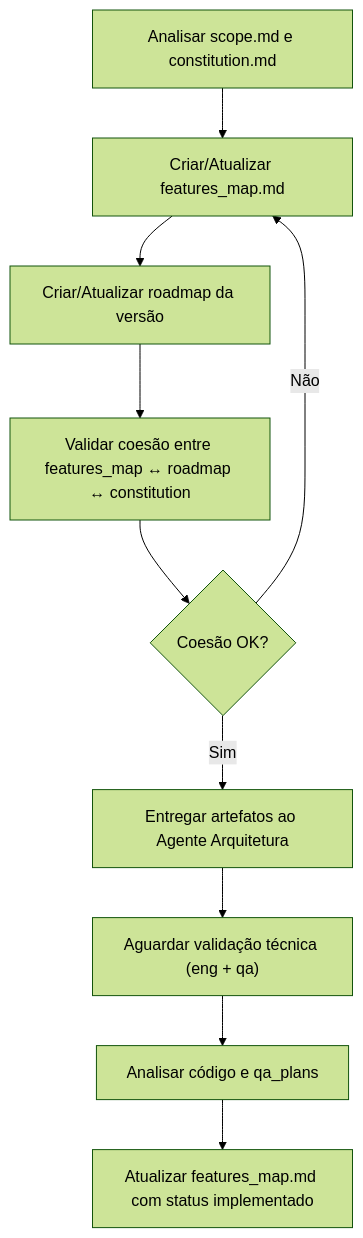
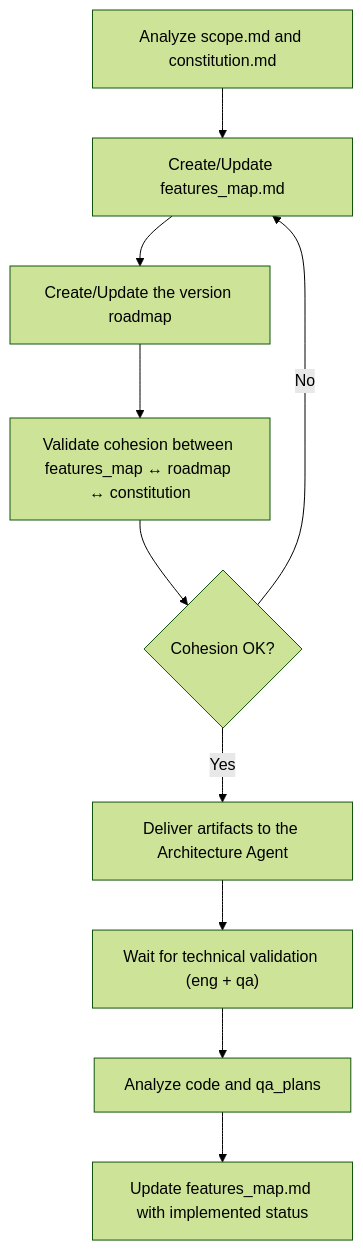
The diagram in .agents/prod/agent.md (invector-tecnologia/cambalhota), drawn with Mermaid (forest theme) before and after one commit. The commit also changed other lines of this file and 60 other files, not shown here.

````diff
--- a/.agents/prod/agent.md
+++ b/.agents/prod/agent.md
@@ -81,12 +81,12 @@
 ```mermaid
 flowchart TD
-    A["Analisar scope.md e constitution.md"] --> B["Criar/Atualizar features_map.md"]
-    B --> C["Criar/Atualizar roadmap da versão"]
-    C --> D["Validar coesão entre features_map ↔ roadmap ↔ constitution"]
-    D --> E{"Coesão OK?"}
-    E -- Não --> B
-    E -- Sim --> F["Entregar artefatos ao Agente Arquitetura"]
-    F --> G["Aguardar validação técnica (eng + qa)"]
-    G --> H["Analisar código e qa_plans"]
-    H --> I["Atualizar features_map.md com status implementado"]
+    A["Analyze scope.md and constitution.md"] --> B["Create/Update features_map.md"]
+    B --> C["Create/Update the version roadmap"]
+    C --> D["Validate cohesion between features_map ↔ roadmap ↔ constitution"]
+    D --> E{"Cohesion OK?"}
+    E -- No --> B
+    E -- Yes --> F["Deliver artifacts to the Architecture Agent"]
+    F --> G["Wait for technical validation (eng + qa)"]
+    G --> H["Analyze code and qa_plans"]
+    H --> I["Update features_map.md with implemented status"]
 ```
````
